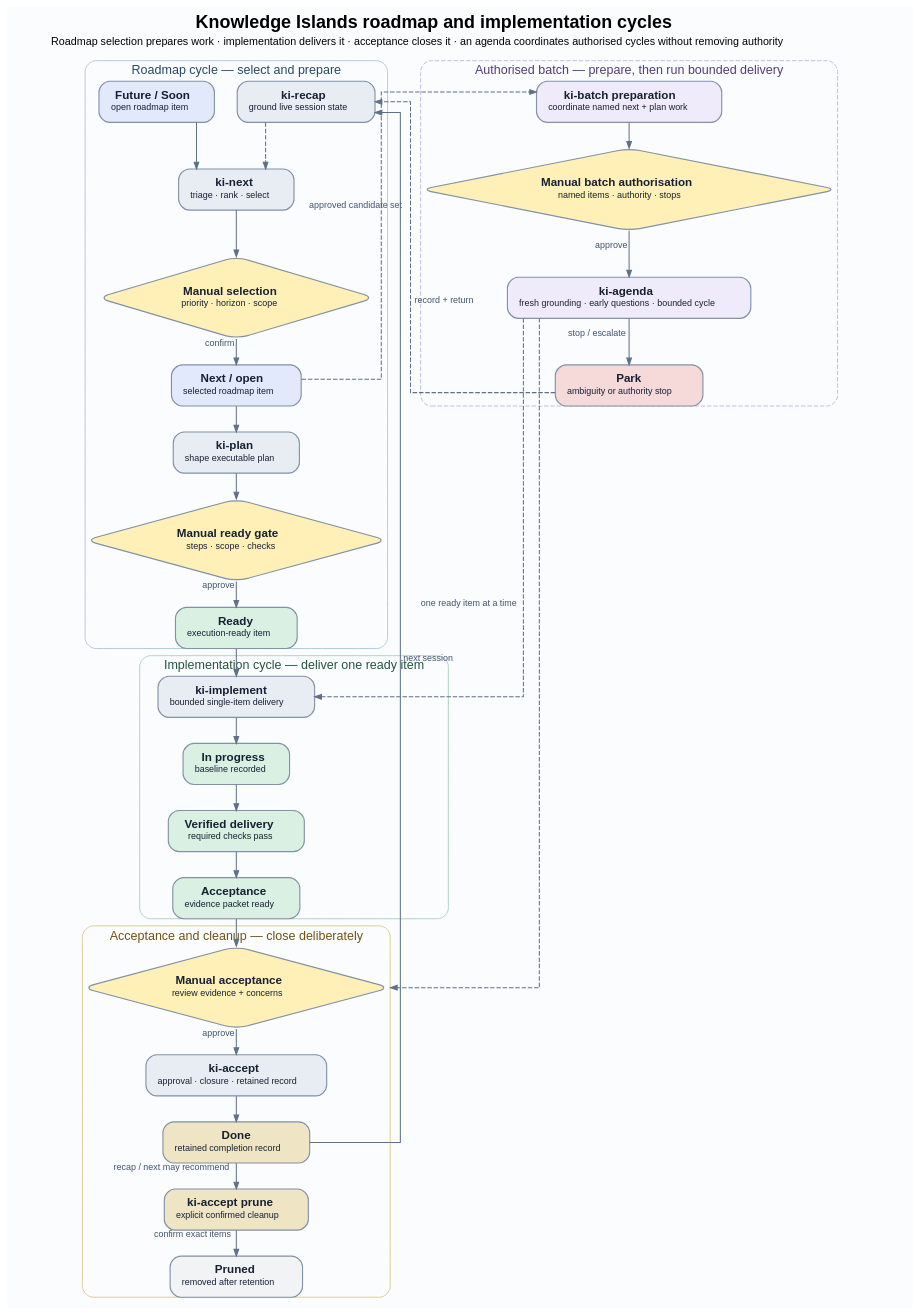
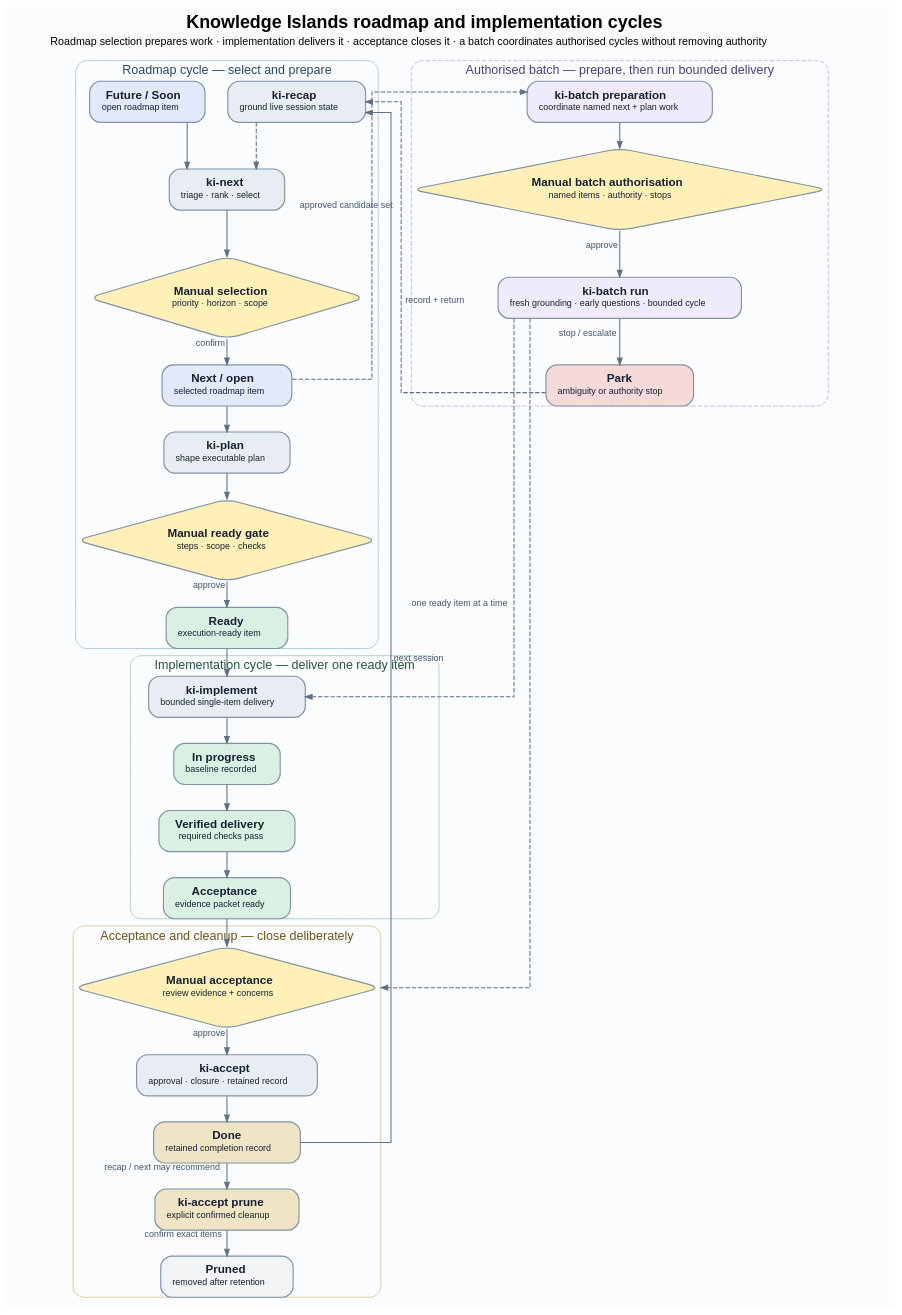
The diagram in docs/diagrams/roadmap-implementation-cycles.dot (knowledgeislands/arcadia-skills), drawn with Graphviz before and after one commit. The commit also changed 88 other files, not shown here.

```diff
--- a/docs/diagrams/roadmap-implementation-cycles.dot
+++ b/docs/diagrams/roadmap-implementation-cycles.dot
@@ -1,131 +1,131 @@
 // Canonical source for the roadmap and implementation cycles. Regenerate with:
 // dot -Tsvg roadmap-implementation-cycles.dot -o roadmap-implementation-cycles.svg
 //
 // Solid arrows move an item between lifecycle states. Dashed arrows show
 // orchestration or optional delegation. Gold diamonds are manual authority gates.
 digraph roadmap_implementation_cycles {
   graph [
     bgcolor="#fbfcfe"
     fontname="Helvetica"
     fontsize=20
     label=<
       <b>Knowledge Islands roadmap and implementation cycles</b><br/>
-      <font point-size="12">Roadmap selection prepares work · implementation delivers it · acceptance closes it · an agenda coordinates authorised cycles without removing authority</font>
+      <font point-size="12">Roadmap selection prepares work · implementation delivers it · acceptance closes it · a batch coordinates authorised cycles without removing authority</font>
     >
     labelloc=t
     margin=0.35
     newrank=true
     nodesep=0.35
     rankdir=TB
     ranksep=0.4
     splines=ortho
   ]
 
   node [
     color="#8291a6"
     fontcolor="#172033"
     fontname="Helvetica"
     fontsize=13
     margin="0.18,0.14"
     penwidth=1.25
     shape=box
     style="rounded,filled"
   ]
 
   edge [
     arrowsize=0.75
     color="#5f7087"
     fontcolor="#41546d"
     fontname="Helvetica"
     fontsize=10
     penwidth=1.15
   ]
 
   subgraph cluster_roadmap {
     color="#afc5db"
     fontcolor="#294866"
     fontname="Helvetica"
     fontsize=14
     label="Roadmap cycle — select and prepare"
     style="rounded"
 
     recap [fillcolor="#e8edf3", label=< <b>ki-recap</b><br/><font point-size="10">ground live session state</font> >]
     candidate [fillcolor="#e1e9fb", label=< <b>Future / Soon</b><br/><font point-size="10">open roadmap item</font> >]
     next [fillcolor="#e8edf3", label=< <b>ki-next</b><br/><font point-size="10">triage · rank · select</font> >]
     select_gate [fillcolor="#fff0b8", label=< <b>Manual selection</b><br/><font point-size="10">priority · horizon · scope</font> >, shape=diamond]
     planned [fillcolor="#e1e9fb", label=< <b>Next / open</b><br/><font point-size="10">selected roadmap item</font> >]
     plan [fillcolor="#e8edf3", label=< <b>ki-plan</b><br/><font point-size="10">shape executable plan</font> >]
     ready_gate [fillcolor="#fff0b8", label=< <b>Manual ready gate</b><br/><font point-size="10">steps · scope · checks</font> >, shape=diamond]
     ready [fillcolor="#d9f0e2", label=< <b>Ready</b><br/><font point-size="10">execution-ready item</font> >]
 
     recap -> next [style=dashed]
     candidate -> next
     next -> select_gate
     select_gate -> planned [xlabel="confirm"]
     planned -> plan
     plan -> ready_gate
     ready_gate -> ready [xlabel="approve"]
   }
 
   subgraph cluster_implementation {
     color="#a8cfbd"
     fontcolor="#24543d"
     fontname="Helvetica"
     fontsize=14
     label="Implementation cycle — deliver one ready item"
     style="rounded"
 
     implement [fillcolor="#e8edf3", label=< <b>ki-implement</b><br/><font point-size="10">bounded single-item delivery</font> >]
     progress [fillcolor="#d9f0e2", label=< <b>In progress</b><br/><font point-size="10">baseline recorded</font> >]
     verification [fillcolor="#d9f0e2", label=< <b>Verified delivery</b><br/><font point-size="10">required checks pass</font> >]
     acceptance [fillcolor="#d9f0e2", label=< <b>Acceptance</b><br/><font point-size="10">evidence packet ready</font> >]
     ready -> implement [lhead=cluster_implementation]
     implement -> progress
     progress -> verification
     verification -> acceptance
   }
 
   subgraph cluster_acceptance {
     color="#d9c78d"
     fontcolor="#6f5118"
     fontname="Helvetica"
     fontsize=14
     label="Acceptance and cleanup — close deliberately"
     style="rounded"
 
     acceptance_gate [fillcolor="#fff0b8", label=< <b>Manual acceptance</b><br/><font point-size="10">review evidence + concerns</font> >, shape=diamond]
     accept [fillcolor="#e8edf3", label=< <b>ki-accept</b><br/><font point-size="10">approval · closure · retained record</font> >]
     done [fillcolor="#efe5c4", label=< <b>Done</b><br/><font point-size="10">retained completion record</font> >]
     prune [fillcolor="#efe5c4", label=< <b>ki-accept prune</b><br/><font point-size="10">explicit confirmed cleanup</font> >]
     pruned [fillcolor="#f1f3f5", label=< <b>Pruned</b><br/><font point-size="10">removed after retention</font> >]
 
     acceptance -> acceptance_gate
     acceptance_gate -> accept [xlabel="approve"]
     accept -> done
     done -> prune [xlabel="recap / next may recommend"]
     prune -> pruned [xlabel="confirm exact items"]
     done -> recap [constraint=false, xlabel="next session"]
   }
 
   subgraph cluster_batch {
     color="#c4b3de"
     fontcolor="#503d78"
     fontname="Helvetica"
     fontsize=14
     label="Authorised batch — prepare, then run bounded delivery"
     style="rounded,dashed"
 
     batch_prepare [fillcolor="#f0ebfa", label=< <b>ki-batch preparation</b><br/><font point-size="10">coordinate named next + plan work</font> >]
     batch_gate [fillcolor="#fff0b8", label=< <b>Manual batch authorisation</b><br/><font point-size="10">named items · authority · stops</font> >, shape=diamond]
-    agenda [fillcolor="#f0ebfa", label=< <b>ki-agenda</b><br/><font point-size="10">fresh grounding · early questions · bounded cycle</font> >]
+    batch_run [fillcolor="#f0ebfa", label=< <b>ki-batch run</b><br/><font point-size="10">fresh grounding · early questions · bounded cycle</font> >]
     park [fillcolor="#f6d9d9", label=< <b>Park</b><br/><font point-size="10">ambiguity or authority stop</font> >]
 
     planned -> batch_prepare [style=dashed, constraint=false, xlabel="approved candidate set"]
     batch_prepare -> batch_gate
-    batch_gate -> agenda [xlabel="approve"]
-    agenda -> implement [style=dashed, constraint=false, xlabel="one ready item at a time"]
-    agenda -> park [xlabel="stop / escalate"]
+    batch_gate -> batch_run [xlabel="approve"]
+    batch_run -> implement [style=dashed, constraint=false, xlabel="one ready item at a time"]
+    batch_run -> park [xlabel="stop / escalate"]
     park -> recap [style=dashed, constraint=false, xlabel="record + return"]
-    agenda -> acceptance_gate [style=dashed, constraint=false]
+    batch_run -> acceptance_gate [style=dashed, constraint=false]
   }
 }
```
